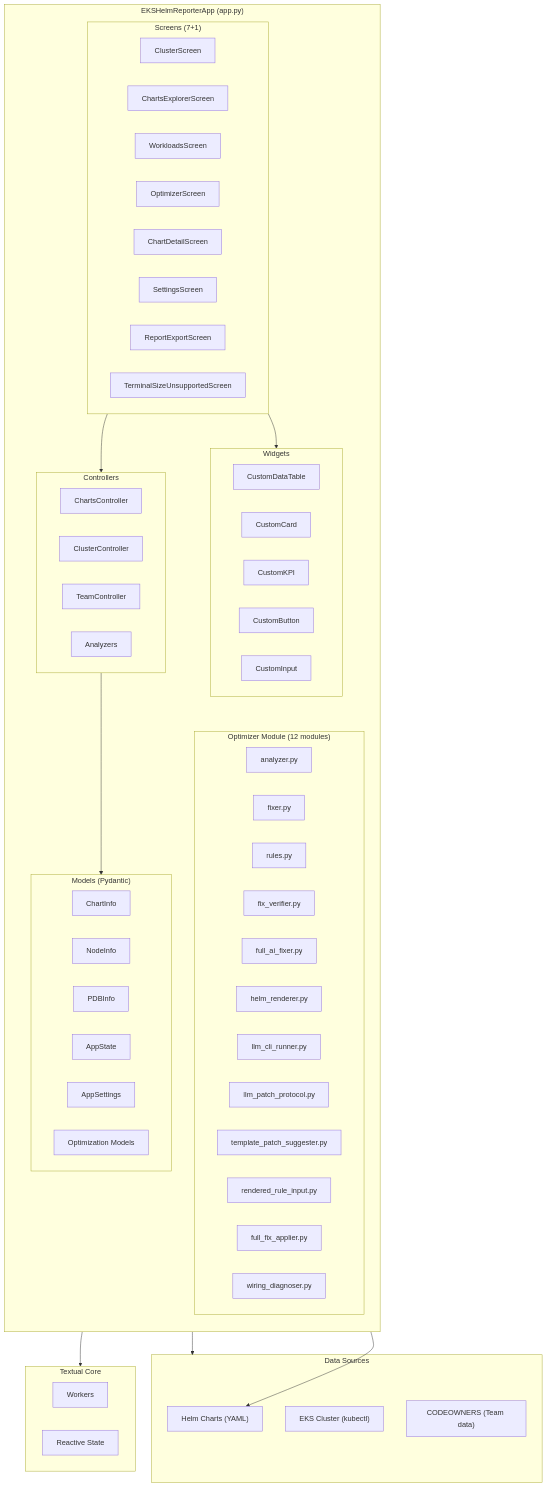
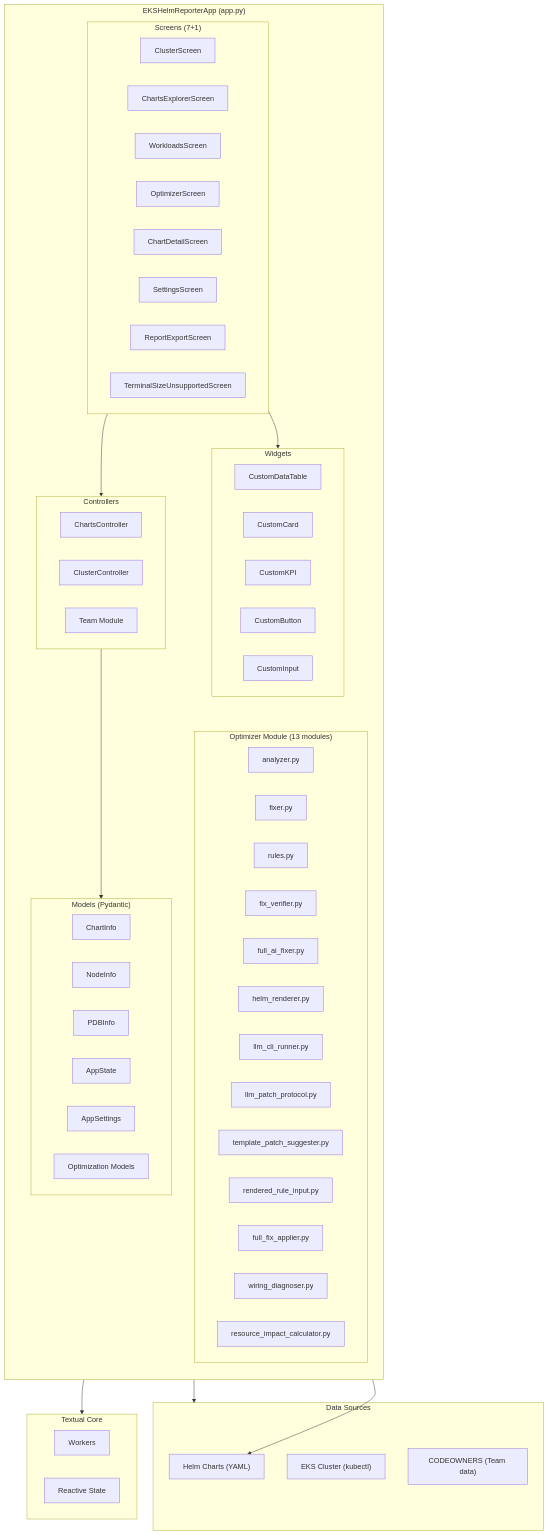
The first of 10 diagrams in docs/architecture/overview.md (mpolatcan/kubeagle), drawn with Mermaid before and after one commit. The commit also changed other lines of this file and 13 other files, not shown here.

````diff
--- a/docs/architecture/overview.md
+++ b/docs/architecture/overview.md
@@ -7,74 +7,74 @@
 ```mermaid
 graph TB
     subgraph App["EKSHelmReporterApp (app.py)"]
         direction TB
         subgraph Screens["Screens (7+1)"]
             ClusterScreen
             ChartsExplorerScreen
             WorkloadsScreen
             OptimizerScreen
             ChartDetailScreen
             SettingsScreen
             ReportExportScreen
             TerminalSizeUnsupportedScreen
         end
 
         subgraph Widgets["Widgets"]
             CustomDataTable
             CustomCard
             CustomKPI
             CustomButton
             CustomInput
         end
 
         subgraph Controllers["Controllers"]
             ChartsController
             ClusterController
-            TeamController
-            Analyzers
+            TeamModule["Team Module"]
         end
 
-        subgraph Optimizer["Optimizer Module (12 modules)"]
+        subgraph Optimizer["Optimizer Module (13 modules)"]
             analyzer[analyzer.py]
             fixer[fixer.py]
             rules[rules.py]
             fix_verifier[fix_verifier.py]
             full_ai_fixer[full_ai_fixer.py]
             helm_renderer[helm_renderer.py]
             llm_cli_runner[llm_cli_runner.py]
             llm_patch_protocol[llm_patch_protocol.py]
             template_patch_suggester[template_patch_suggester.py]
             rendered_rule_input[rendered_rule_input.py]
             full_fix_applier[full_fix_applier.py]
             wiring_diagnoser[wiring_diagnoser.py]
+            resource_impact[resource_impact_calculator.py]
         end
 
         subgraph Models["Models (Pydantic)"]
             ChartInfo
             NodeInfo
             PDBInfo
             AppState
             AppSettings
             OptimizationModels[Optimization Models]
         end
     end
 
     subgraph DataSources["Data Sources"]
         Helm["Helm Charts (YAML)"]
         EKS["EKS Cluster (kubectl)"]
         CODEOWNERS["CODEOWNERS (Team data)"]
     end
 
     Controllers --> DataSources
     Screens --> Controllers
     Screens --> Widgets
     Controllers --> Models
     Optimizer --> Helm
 
     subgraph TextualCore["Textual Core"]
         Workers
         Reactive[Reactive State]
     end
 
     App --> TextualCore
 ```
````
